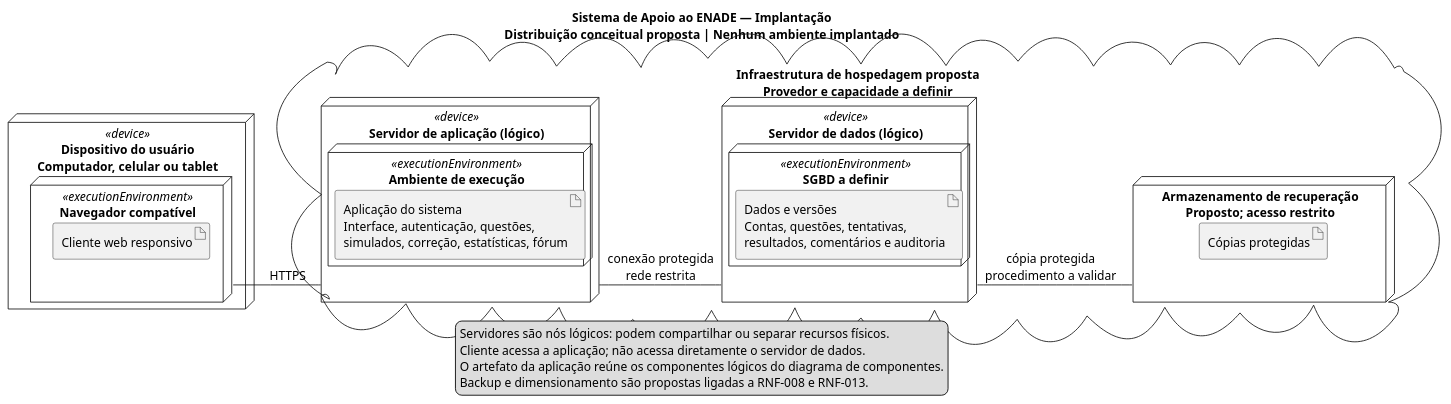
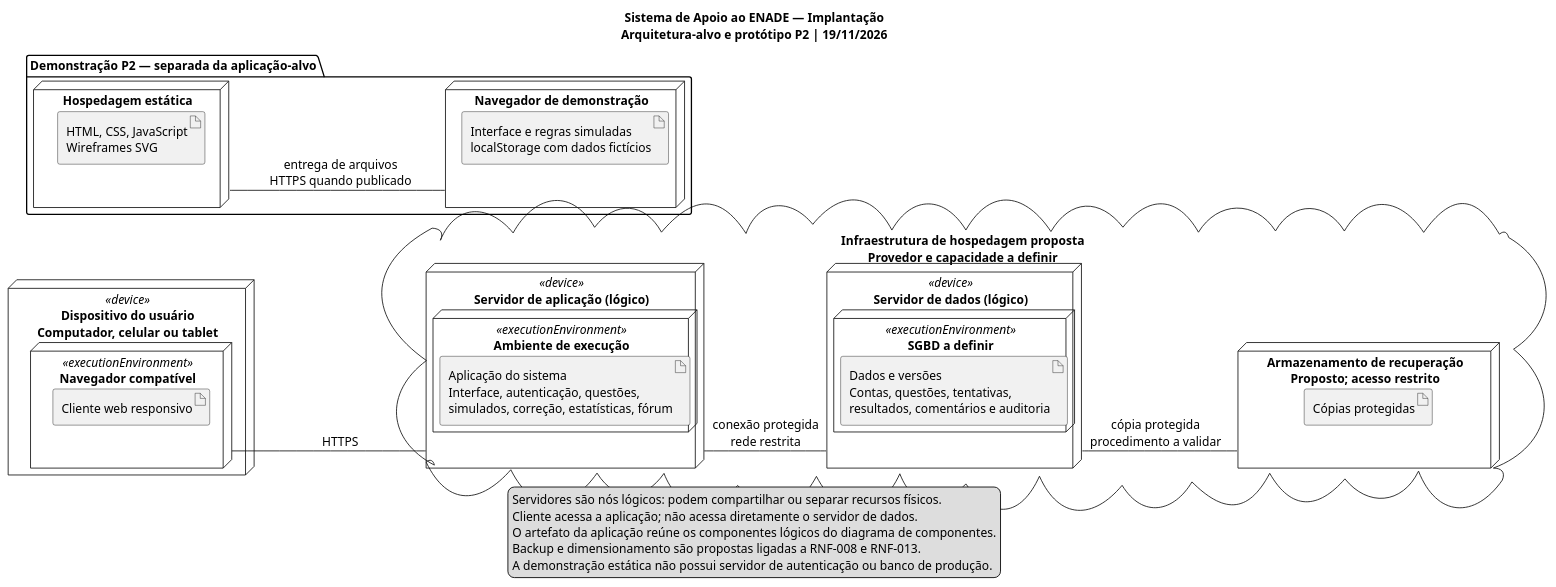
One commit to JoaoRoberto1/projeto-enade changed the diagram in docs/06-modelagem-uml/implantacao/implantacao.puml. Above: the diagram before and after it, drawn with PlantUML. The commit also changed 95 other files, not shown here.

Commit message:
feat: deliver M2 SRS, UML consistency and navigable prototype

```diff
--- a/docs/06-modelagem-uml/implantacao/implantacao.puml
+++ b/docs/06-modelagem-uml/implantacao/implantacao.puml
@@ -1,37 +1,47 @@
 @startuml
 !pragma layout smetana
 skinparam shadowing false
 skinparam defaultFontName SansSerif
 skinparam defaultFontSize 14
 left to right direction
-title Sistema de Apoio ao ENADE — Implantação\nDistribuição conceitual proposta | Nenhum ambiente implantado
+title Sistema de Apoio ao ENADE — Implantação\nArquitetura-alvo e protótipo P2 | 19/11/2026
 node "Dispositivo do usuário\nComputador, celular ou tablet" as Device <<device>> {
   node "Navegador compatível" as Browser <<executionEnvironment>> {
     artifact "Cliente web responsivo" as Client
   }
 }
 cloud "Infraestrutura de hospedagem proposta\nProvedor e capacidade a definir" {
   node "Servidor de aplicação (lógico)" as App <<device>> {
     node "Ambiente de execução" as Runtime <<executionEnvironment>> {
       artifact "Aplicação do sistema\nInterface, autenticação, questões,\nsimulados, correção, estatísticas, fórum" as Software
     }
   }
   node "Servidor de dados (lógico)" as DB <<device>> {
     node "SGBD a definir" as Engine <<executionEnvironment>> {
       artifact "Dados e versões\nContas, questões, tentativas,\nresultados, comentários e auditoria" as Data
     }
   }
   node "Armazenamento de recuperação\nProposto; acesso restrito" as Storage {
     artifact "Cópias protegidas" as Backup
   }
 }
 Browser -- App : HTTPS
 App -- DB : conexão protegida\nrede restrita
 DB -- Storage : cópia protegida\nprocedimento a validar
+package "Demonstração P2 — separada da aplicação-alvo" {
+  node "Hospedagem estática" as Static {
+    artifact "HTML, CSS, JavaScript\nWireframes SVG" as ProtoFiles
+  }
+  node "Navegador de demonstração" as DemoBrowser {
+    artifact "Interface e regras simuladas\nlocalStorage com dados fictícios" as Demo
+  }
+  Static -- DemoBrowser : entrega de arquivos\nHTTPS quando publicado
+}
 legend bottom
   Servidores são nós lógicos: podem compartilhar ou separar recursos físicos.
   Cliente acessa a aplicação; não acessa diretamente o servidor de dados.
   O artefato da aplicação reúne os componentes lógicos do diagrama de componentes.
   Backup e dimensionamento são propostas ligadas a RNF-008 e RNF-013.
+  A demonstração estática não possui servidor de autenticação ou banco de produção.
 endlegend
 @enduml
```
